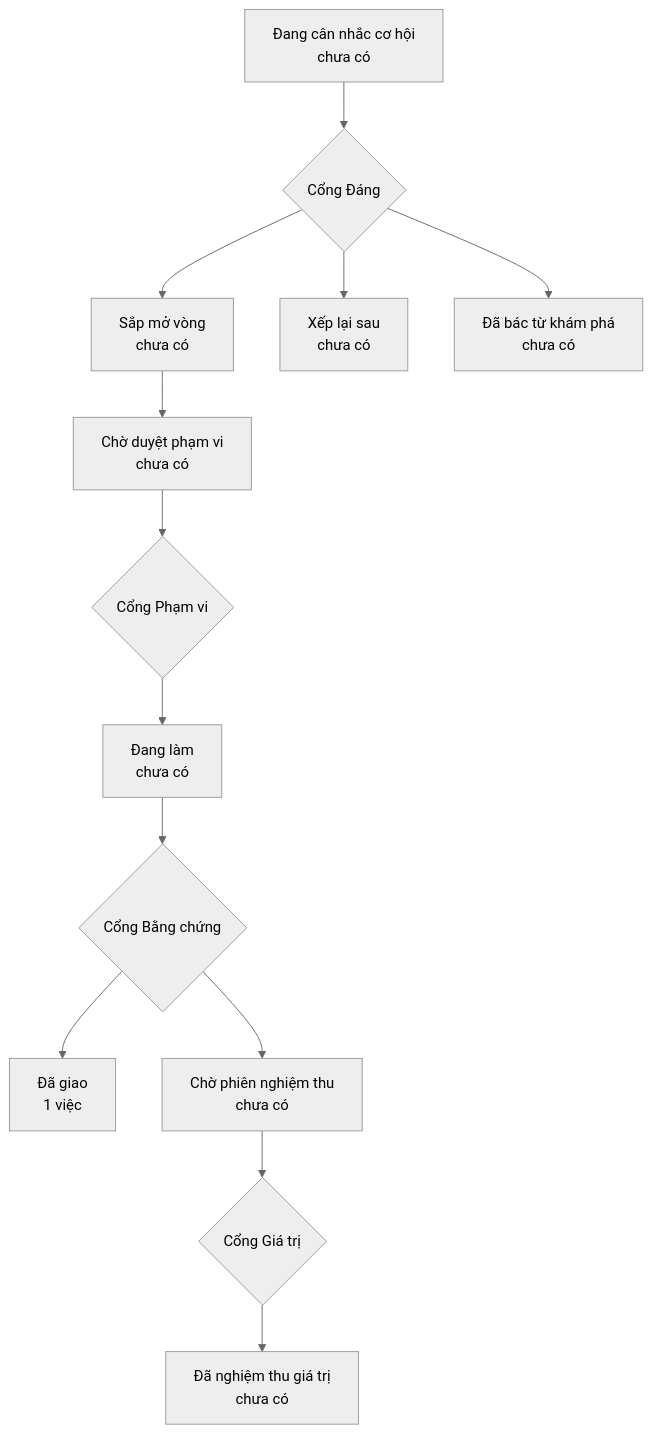
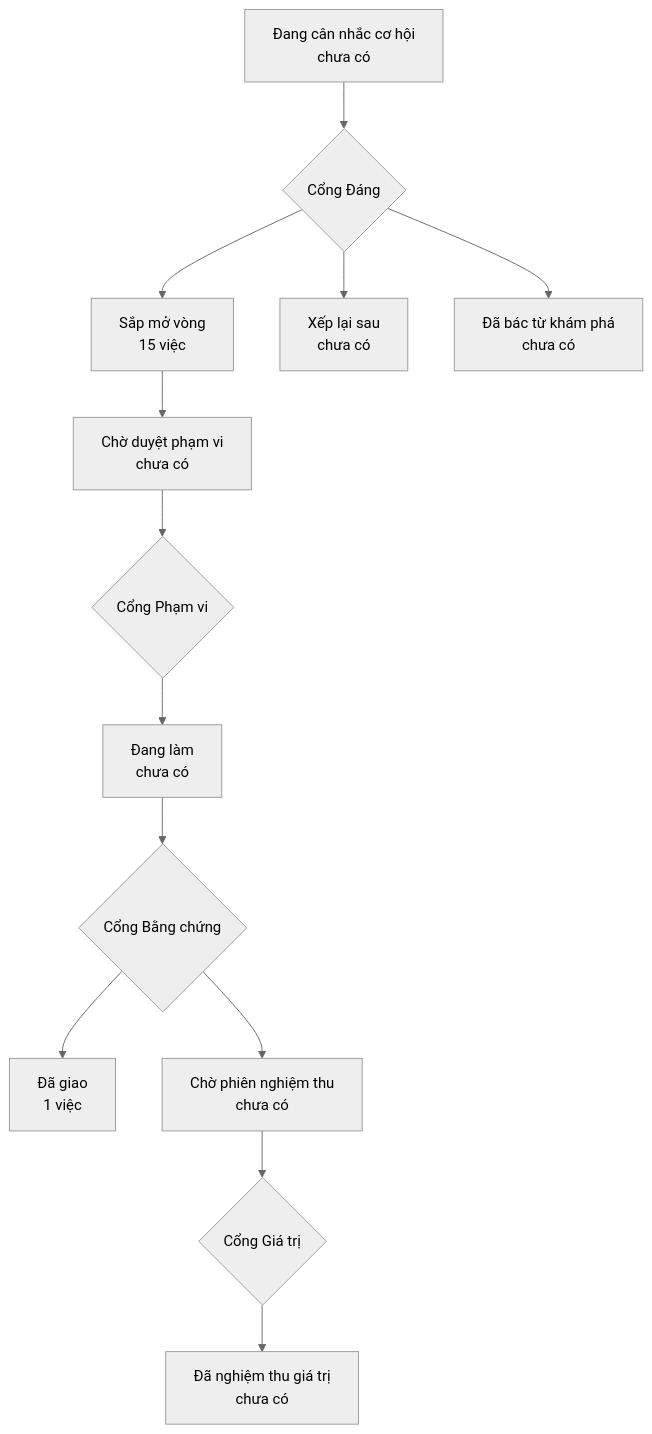
The diagram in PRODUCT-MAP.md (phanlemanh/onehub-inventory), drawn with Mermaid (neutral theme) before and after one commit. The commit also changed other lines of this file and 1 other file, not shown here.

Commit message:
chore(nen): regenerate product map and roadmap page for the new cells

````diff
--- a/PRODUCT-MAP.md
+++ b/PRODUCT-MAP.md
@@ -7,12 +7,12 @@
 ```mermaid
 flowchart TD
   A["Đang cân nhắc cơ hội<br/>chưa có"] --> GD{"Cổng Đáng"}
-  GD --> B["Sắp mở vòng<br/>chưa có"]
+  GD --> B["Sắp mở vòng<br/>15 việc"]
   GD --> XL["Xếp lại sau<br/>chưa có"]
   GD --> DB["Đã bác từ khám phá<br/>chưa có"]
   B --> CD["Chờ duyệt phạm vi<br/>chưa có"] --> GP{"Cổng Phạm vi"}
   GP --> DL["Đang làm<br/>chưa có"] --> GB{"Cổng Bằng chứng"}
   GB --> DG["Đã giao<br/>1 việc"]
   GB --> CN["Chờ phiên nghiệm thu<br/>chưa có"] --> GG{"Cổng Giá trị"}
   GG --> NT["Đã nghiệm thu giá trị<br/>chưa có"]
 ```
````
